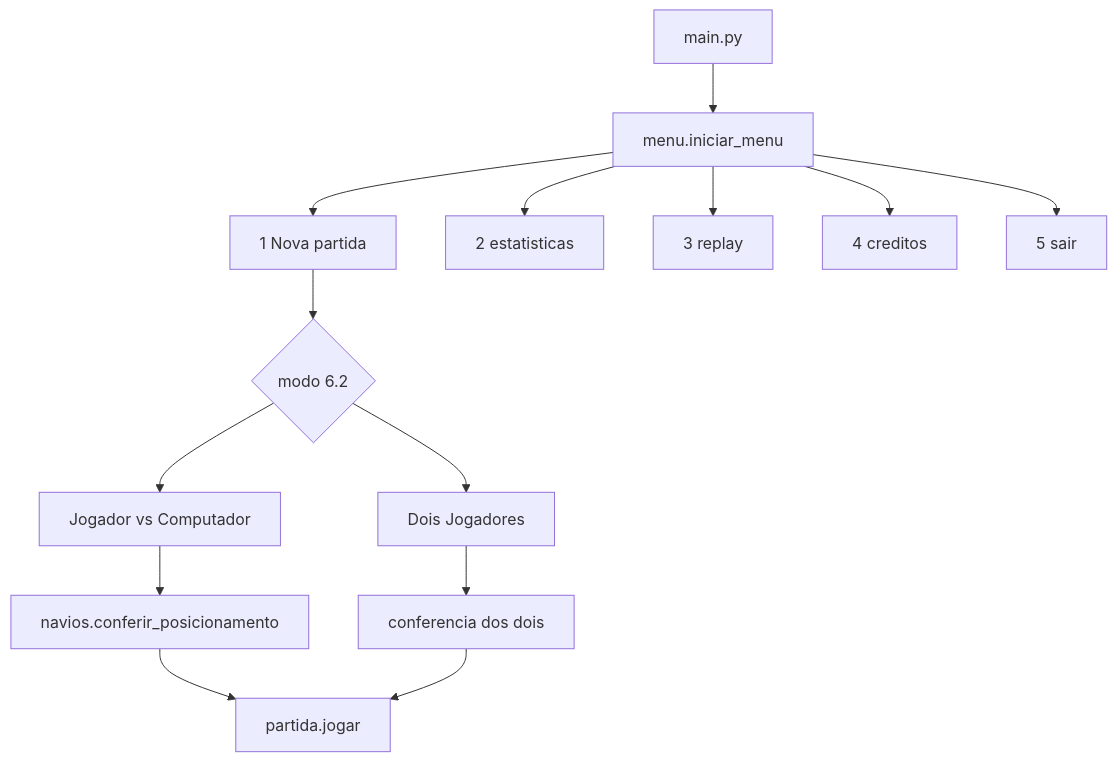
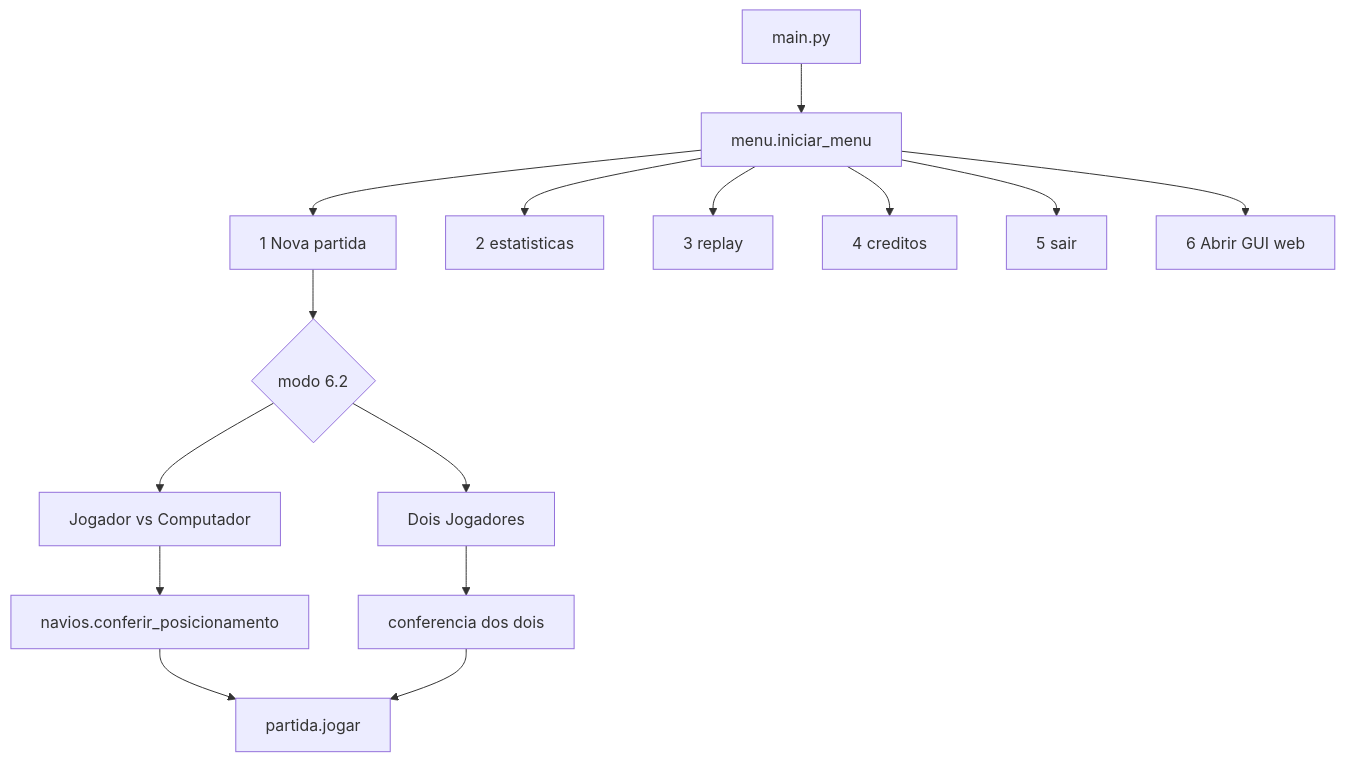
Before and after one commit to KairoHenrique/batalha-naval: the diagram in README.md, drawn with Mermaid. The commit also changed other lines of this file and 34 other files, not shown here.

Commit message:
feat: adiciona GUI web FastAPI e Next.js apos aceite do professor

````diff
--- a/README.md
+++ b/README.md
@@ -85,16 +89,17 @@
 ```mermaid
 flowchart TD
     mainPy["main.py"] --> menuLoop["menu.iniciar_menu"]
     menuLoop --> nova["1 Nova partida"]
     menuLoop --> stats["2 estatisticas"]
     menuLoop --> replay["3 replay"]
     menuLoop --> creditos["4 creditos"]
     menuLoop --> sair["5 sair"]
+    menuLoop --> abrir["6 Abrir GUI web"]
     nova --> modo{"modo 6.2"}
     modo --> pvc["Jogador vs Computador"]
     modo --> pvp["Dois Jogadores"]
     pvc --> conferencia["navios.conferir_posicionamento"]
     pvp --> conferenciaPvp["conferencia dos dois"]
     conferencia --> loopPvc["partida.jogar"]
     conferenciaPvp --> loopPvc
 ```
````
